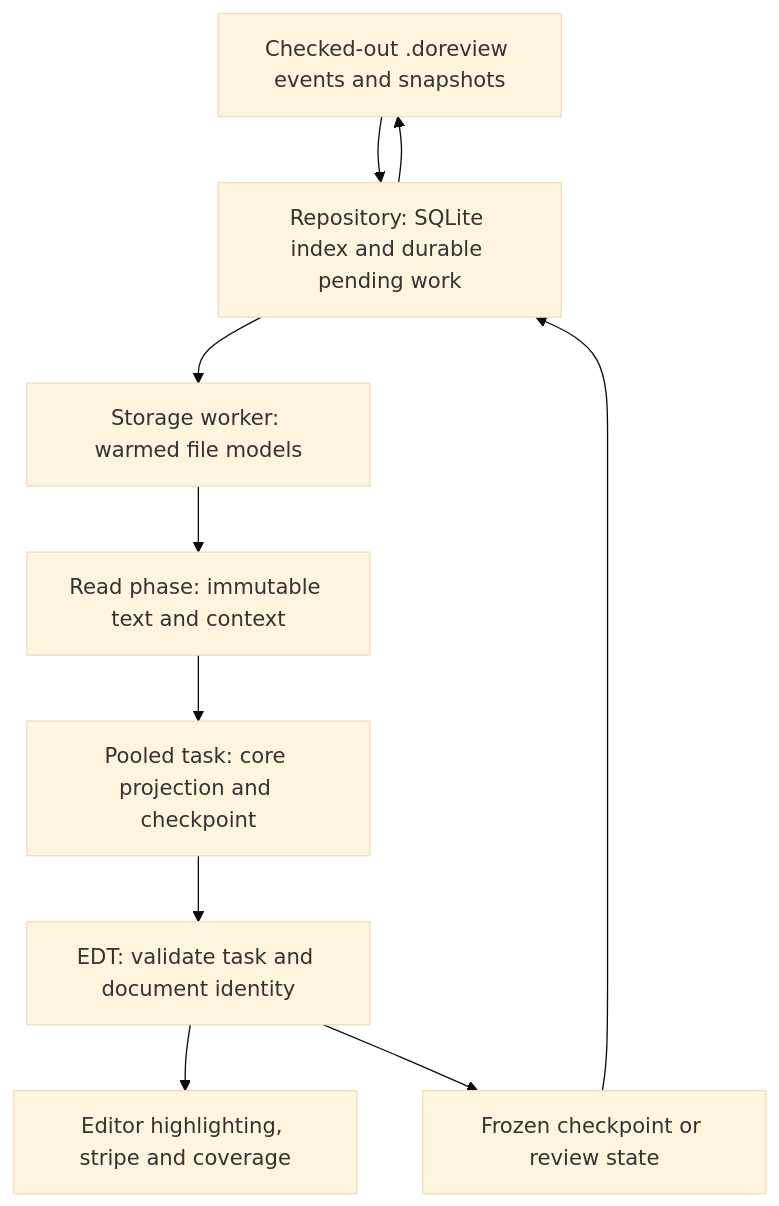
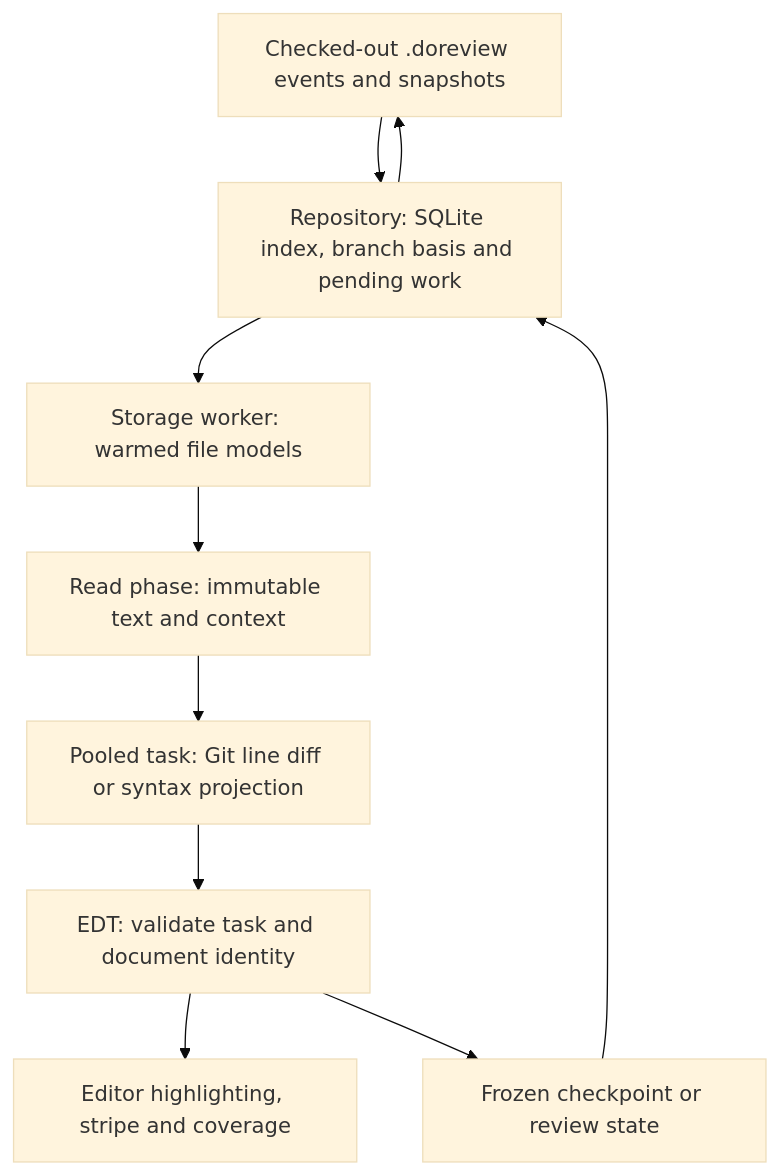
Before and after one commit to dyakart/do-review: the diagram in docs/ARCHITECTURE.md, drawn with Mermaid (base theme). The commit also changed other lines of this file and 28 other files, not shown here.

Commit message:
fix: follow Git diffs and isolate branch review state

````diff
--- a/docs/ARCHITECTURE.md
+++ b/docs/ARCHITECTURE.md
@@ -28,12 +30,12 @@
 ```mermaid
 flowchart TD
-    Portable["Checked-out .doreview events and snapshots"] --> Repository["Repository: SQLite index and durable pending work"]
+    Portable["Checked-out .doreview events and snapshots"] --> Repository["Repository: SQLite index, branch basis and pending work"]
     Repository --> Store["Storage worker: warmed file models"]
     Store --> Capture["Read phase: immutable text and context"]
-    Capture --> Compute["Pooled task: core projection and checkpoint"]
+    Capture --> Compute["Pooled task: Git line diff or syntax projection"]
     Compute --> Delivery["EDT: validate task and document identity"]
     Delivery --> Editor["Editor highlighting, stripe and coverage"]
     Delivery --> Pending["Frozen checkpoint or review state"]
     Pending --> Repository
     Repository --> Portable
 ```
````
